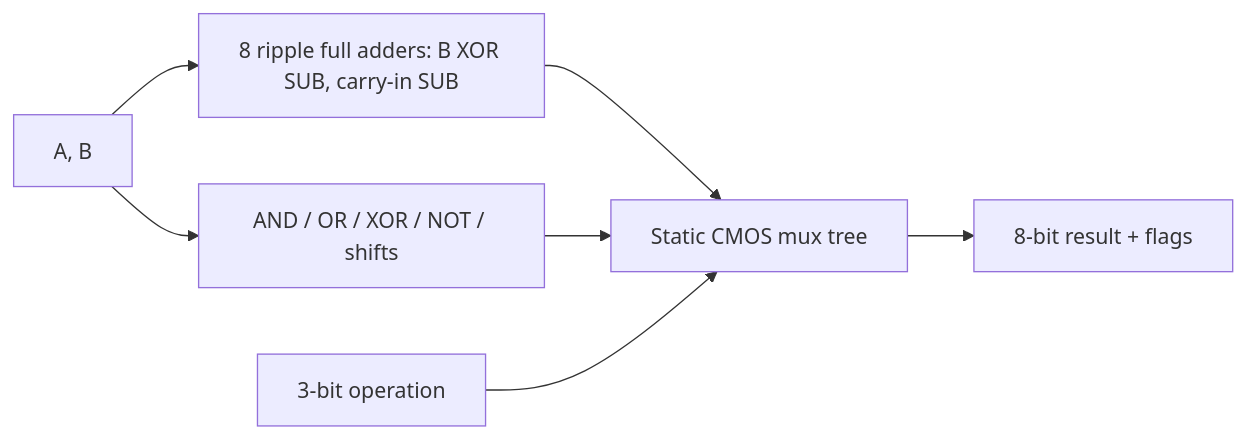
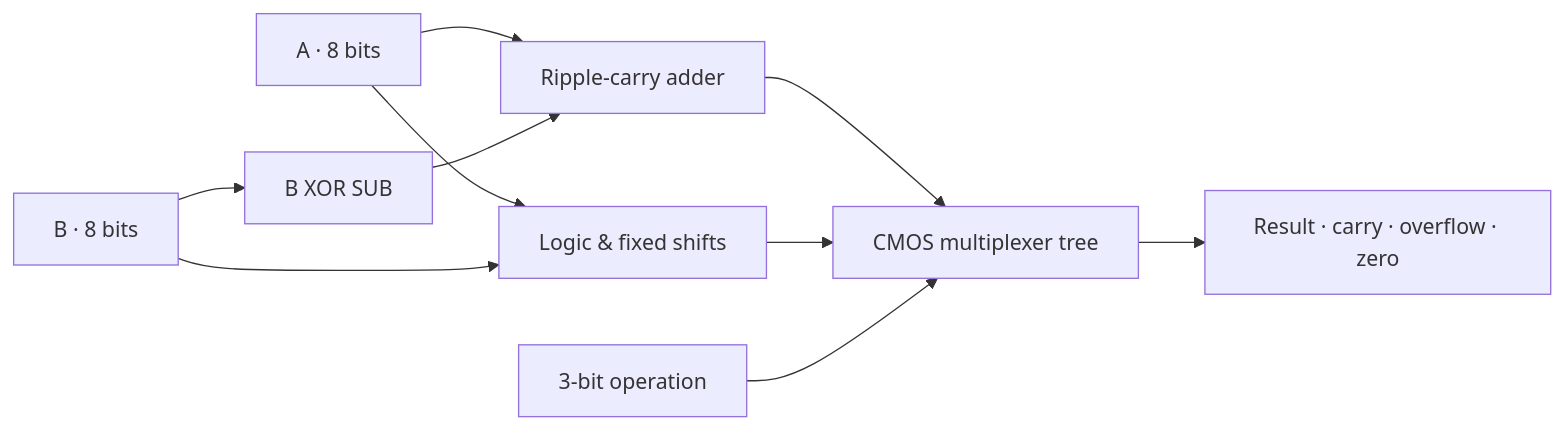
The diagram in README.md (michaelcolby-git/cmos-8bit-alu), drawn with Mermaid before and after one commit. The commit also changed other lines of this file and 7 other files, not shown here.

````diff
--- a/README.md
+++ b/README.md
@@ -20,9 +19,11 @@
 ```mermaid
 flowchart LR
-  A["A, B"] --> R["8 ripple full adders: B XOR SUB, carry-in SUB"]
-  A --> L["AND / OR / XOR / NOT / shifts"]
-  R --> M["Static CMOS mux tree"]
+  A["A · 8 bits"] --> FA["Ripple-carry adder"]
+  B["B · 8 bits"] --> SUB["B XOR SUB"] --> FA
+  A --> L["Logic & fixed shifts"]
+  B --> L
+  FA --> M["CMOS multiplexer tree"]
   L --> M
   OP["3-bit operation"] --> M
-  M --> Y["8-bit result + flags"]
+  M --> Y["Result · carry · overflow · zero"]
 ```
````
